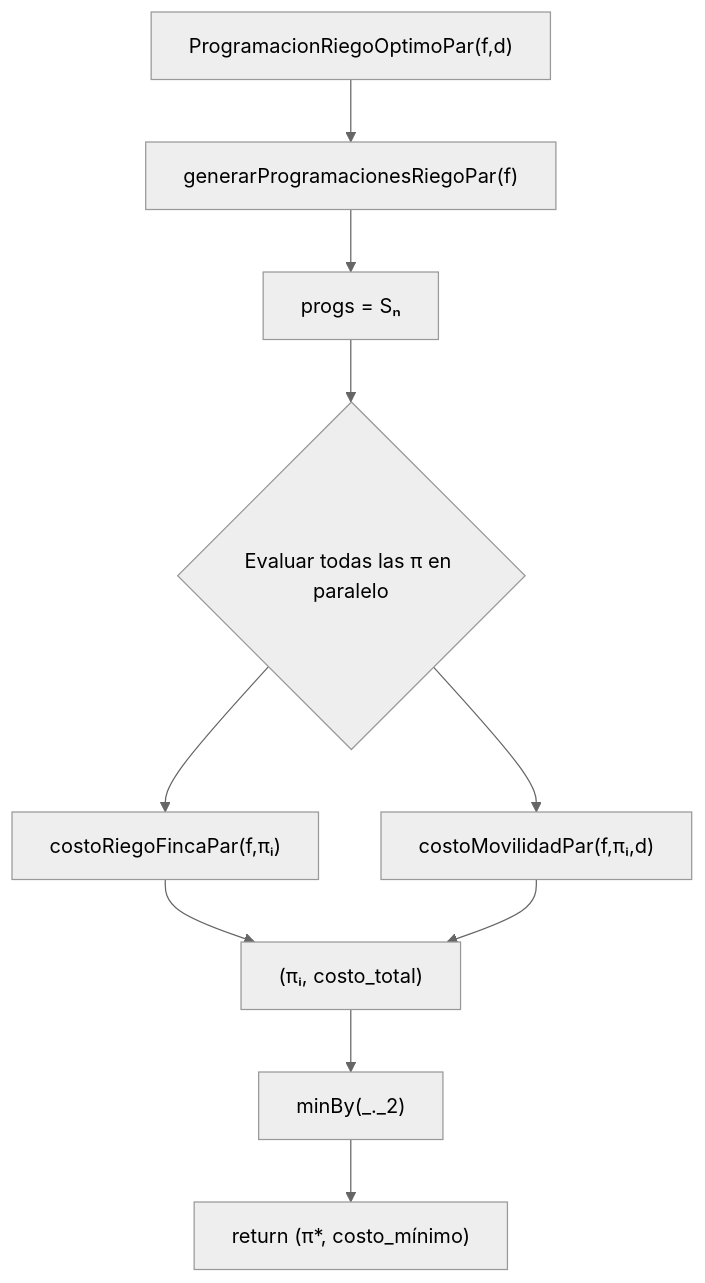
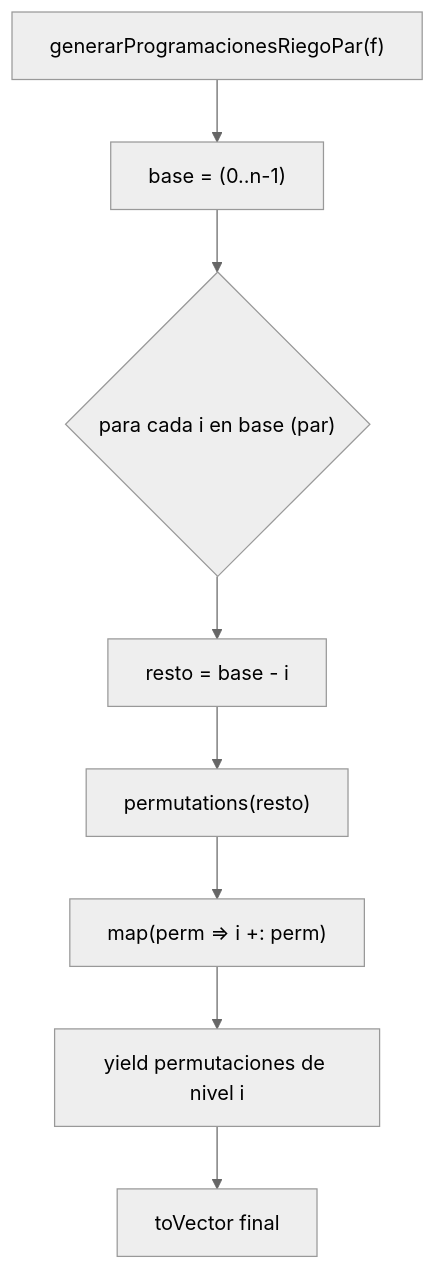
The diagram in docs/ProgramacionRiegoOptimoPar.md (2025-II-PFC-FLP/proyecto-final-pfc-2025-ii-coronamos), drawn with Mermaid (neutral theme) before and after one commit. The commit also changed other lines of this file and 3 other files, not shown here.

````diff
--- a/docs/ProgramacionRiegoOptimoPar.md
+++ b/docs/ProgramacionRiegoOptimoPar.md
@@ -162,12 +115,10 @@
 ```mermaid
 flowchart TD
-    A["ProgramacionRiegoOptimoPar(f,d)"] 
-    --> B["generarProgramacionesRiegoPar(f)"]
-    B --> C["progs = Sₙ"]
-    C --> D{"Evaluar todas las π en paralelo"}
-    D --> E["costoRiegoFincaPar(f,πᵢ)"]
-    D --> F["costoMovilidadPar(f,πᵢ,d)"]
-    E & F --> G["(πᵢ, costo_total)"]
-    G --> H["minBy(_._2)"]
-    H --> I["return (π*, costo_mínimo)"]
+A["generarProgramacionesRiegoPar(f)"] --> B["base = (0..n-1)"]
+B --> C{"para cada i en base (par)"}
+C --> D["resto = base - i"]
+D --> E["permutations(resto)"]
+E --> F["map(perm => i +: perm)"]
+F --> G["yield permutaciones de nivel i"]
+G --> H["toVector final"]
 ```
````
